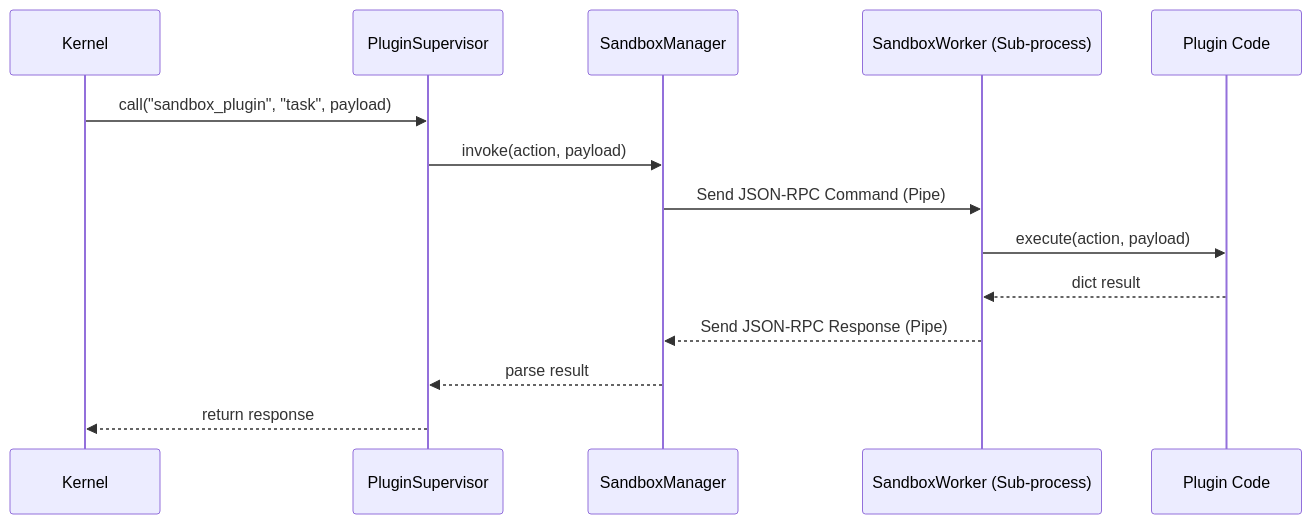
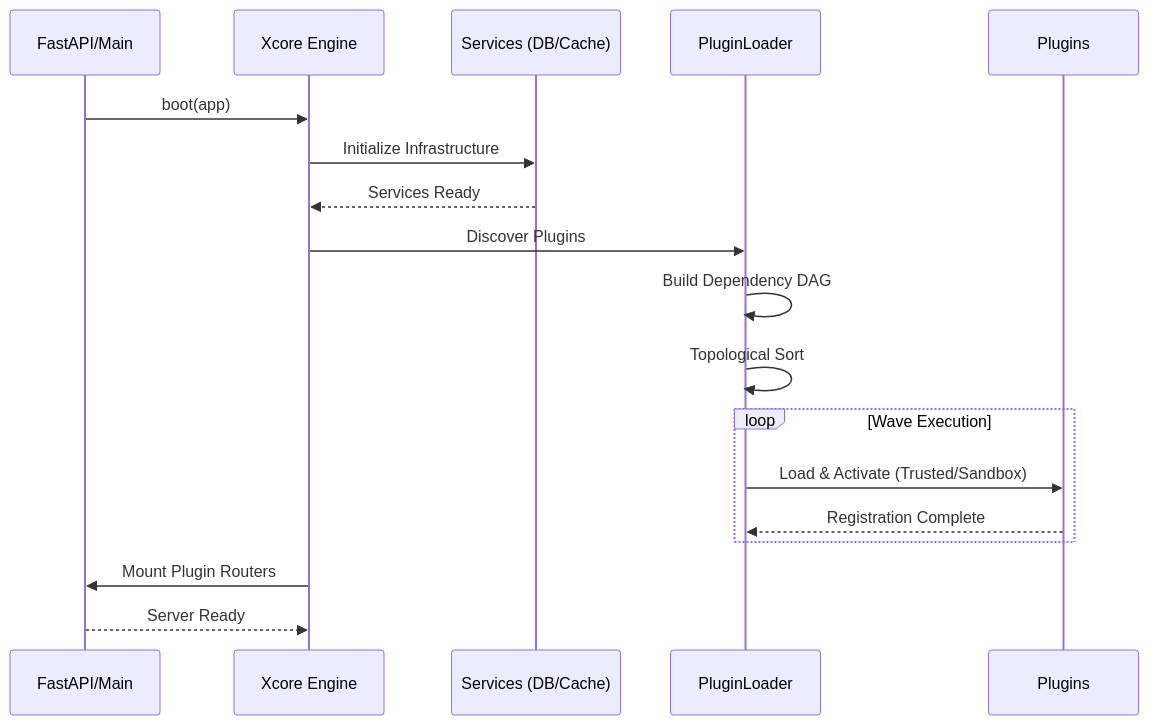
The first of 3 diagrams in doc/architecture/overview.md (traoreera/xcore), drawn with Mermaid before and after one commit. The commit also changed other lines of this file and 92 other files, not shown here.

````diff
--- a/doc/architecture/overview.md
+++ b/doc/architecture/overview.md
@@ -69,17 +23,21 @@
 ```mermaid
 sequenceDiagram
-    participant K as Kernel
-    participant PS as PluginSupervisor
-    participant SM as SandboxManager
-    participant W as SandboxWorker (Sub-process)
-    participant P as Plugin Code
+    participant App as FastAPI/Main
+    participant X as Xcore Engine
+    participant S as Services (DB/Cache)
+    participant L as PluginLoader
+    participant P as Plugins
 
-    K->>PS: call("sandbox_plugin", "task", payload)
-    PS->>SM: invoke(action, payload)
-    SM->>W: Send JSON-RPC Command (Pipe)
-    W->>P: execute(action, payload)
-    P-->>W: dict result
-    W-->>SM: Send JSON-RPC Response (Pipe)
-    SM-->>PS: parse result
-    PS-->>K: return response
+    App->>X: boot(app)
+    X->>S: Initialize Infrastructure
+    S-->>X: Services Ready
+    X->>L: Discover Plugins
+    L->>L: Build Dependency DAG
+    L->>L: Topological Sort
+    loop Wave Execution
+        L->>P: Load & Activate (Trusted/Sandbox)
+        P-->>L: Registration Complete
+    end
+    X->>App: Mount Plugin Routers
+    App-->>X: Server Ready
 ```
````
